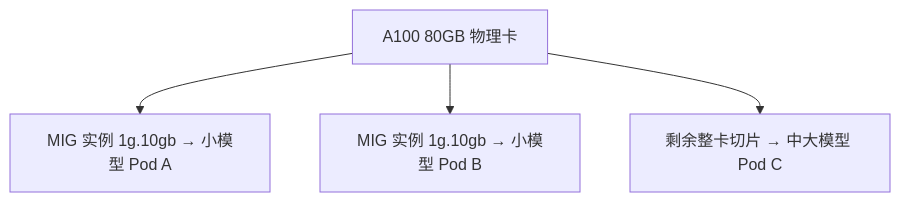
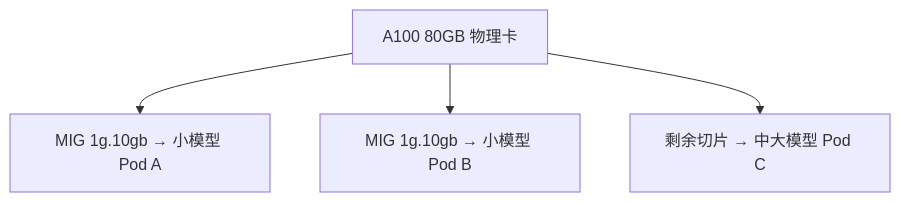
The fourth of 7 diagrams in 08-AI与智能运维/08-GPU资源与调度/知识点.md (ml-cuizijun/LearnToLilith), drawn with Mermaid before and after one commit. The commit also changed other lines of this file and 178 other files, not shown here.

````diff
--- a/08-AI与智能运维/08-GPU资源与调度/知识点.md
+++ b/08-AI与智能运维/08-GPU资源与调度/知识点.md
@@ -176,7 +150,7 @@
 ```mermaid
 graph TD
     A["A100 80GB 物理卡"]
-    A --> B["MIG 实例 1g.10gb → 小模型 Pod A"]
-    A --> C["MIG 实例 1g.10gb → 小模型 Pod B"]
-    A --> D["剩余整卡切片 → 中大模型 Pod C"]
+    A --> B["MIG 1g.10gb → 小模型 Pod A"]
+    A --> C["MIG 1g.10gb → 小模型 Pod B"]
+    A --> D["剩余切片 → 中大模型 Pod C"]
 ```
````
